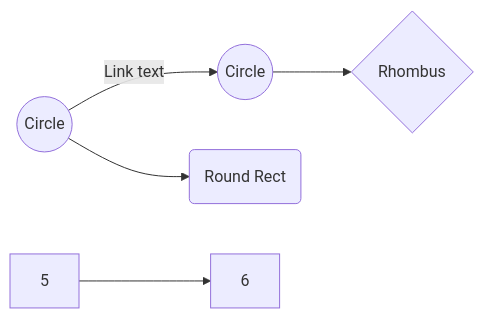
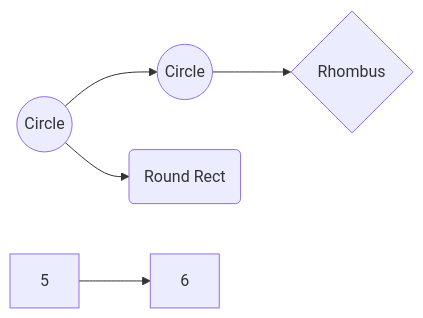
Before and after one commit to sramire3000/documentacion: the diagram in OpenCode/SpecDrivenDevelopment.md, drawn with Mermaid.

Commit message:
Fix flowchart link syntax in SpecDrivenDevelopment.md
Updated flowchart syntax in SpecDrivenDevelopment.md

````diff
--- a/OpenCode/SpecDrivenDevelopment.md
+++ b/OpenCode/SpecDrivenDevelopment.md
@@ -4,7 +4,7 @@
 ```mermaid
 graph LR
-1((Circle)) -- Link text --> 2((Circle))
+1((Circle)) --> 2((Circle))
 1 --> 3(Round Rect)
 2 --> 4{Rhombus}
 5 --> 6
 ```
````
